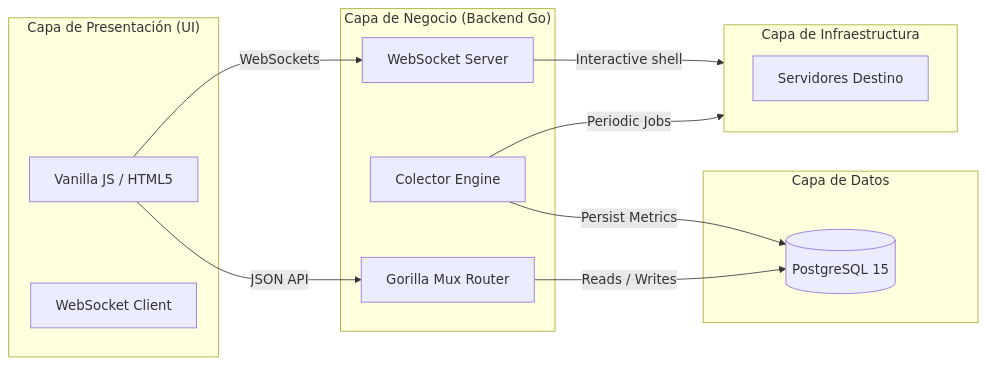
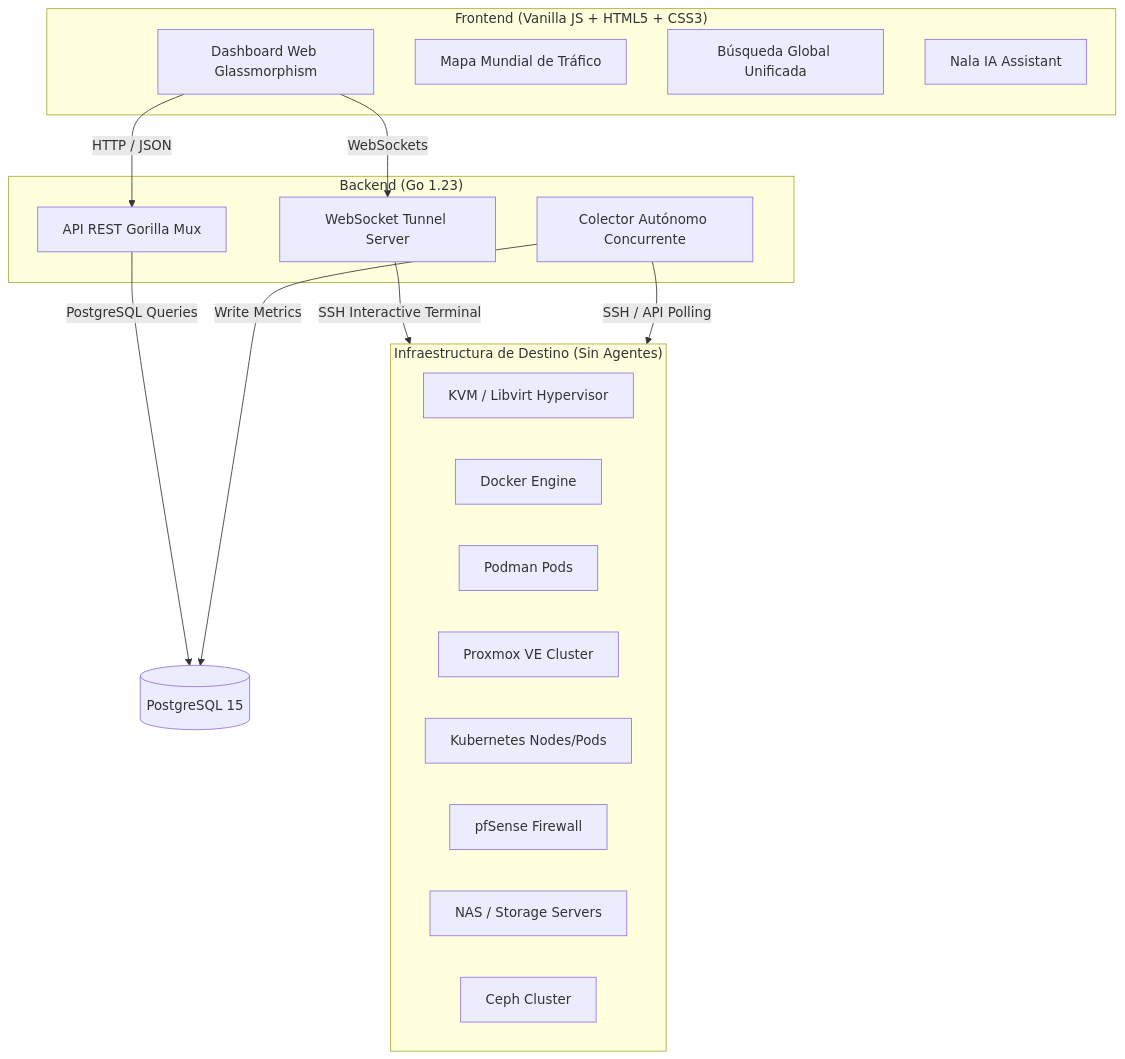
One commit to grs89/centralizegg changed the diagram in 01-wiki/Architecture.md. Above: the diagram before and after it, drawn with Mermaid. The commit also changed other lines of this file and 1 other file, not shown here.

First line of the commit message:
docs(wiki): migrate root ARCHITECTURE.MD to 01-wiki

````diff
--- a/01-wiki/Architecture.md
+++ b/01-wiki/Architecture.md
@@ -11,28 +11,33 @@
 ```mermaid
-graph LR
-    subgraph Frontend["Capa de Presentación (UI)"]
-        HTML5[Vanilla JS / HTML5]
-        WS_C[WebSocket Client]
+graph TD
+    subgraph Frontend["Frontend (Vanilla JS + HTML5 + CSS3)"]
+        UI[Dashboard Web Glassmorphism]
+        Map[Mapa Mundial de Tráfico]
+        Search[Búsqueda Global Unificada]
+        Nala[Nala IA Assistant]
     end
 
-    subgraph Backend["Capa de Negocio (Backend Go)"]
-        Mux[Gorilla Mux Router]
-        WS_S[WebSocket Server]
-        Engine[Colector Engine]
+    subgraph Backend["Backend (Go 1.23)"]
+        API[API REST Gorilla Mux]
+        WS[WebSocket Tunnel Server]
+        Collector[Colector Autónomo Concurrente]
     end
 
-    subgraph Database["Capa de Datos"]
-        DB[(PostgreSQL 15)]
+    subgraph Infra["Infraestructura de Destino (Sin Agentes)"]
+        KVM[KVM / Libvirt Hypervisor]
+        DKR[Docker Engine]
+        PDM[Podman Pods]
+        PVE[Proxmox VE Cluster]
+        K8S[Kubernetes Nodes/Pods]
+        PFS[pfSense Firewall]
+        NAS[NAS / Storage Servers]
+        CEPH[Ceph Cluster]
     end
 
-    subgraph Target["Capa de Infraestructura"]
-        Host[Servidores Destino]
-    end
-
-    HTML5 -->|JSON API| Mux
-    HTML5 -->|WebSockets| WS_S
-    Mux -->|Reads / Writes| DB
-    Engine -->|Periodic Jobs| Target
-    Engine -->|Persist Metrics| DB
-    WS_S -->|Interactive shell| Target
+    UI -->|HTTP / JSON| API
+    UI -->|WebSockets| WS
+    WS -->|SSH Interactive Terminal| Infra
+    Collector -->|SSH / API Polling| Infra
+    API -->|PostgreSQL Queries| DB[(PostgreSQL 15)]
+    Collector -->|Write Metrics| DB
 ```
````
